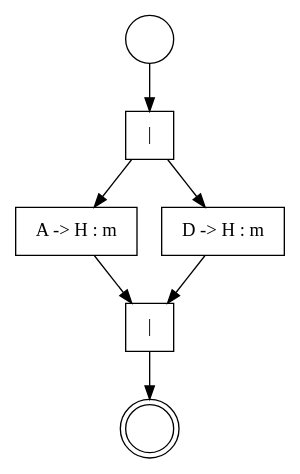
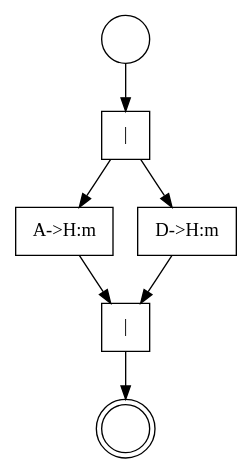
The diagram in example/simple_par_ch/Simple_parallelStruct.gv (dedo94/Domitilla), drawn with Graphviz before and after one commit. The commit also changed 26 other files, not shown here.

Commit message:
Added a parser (made with ANTLR) for Structured Global Graph

```diff
--- a/example/simple_par_ch/Simple_parallelStruct.gv
+++ b/example/simple_par_ch/Simple_parallelStruct.gv
@@ -1,15 +1,14 @@
-digraph Simple_parallelStruct {
+digraph "Simple_parallelStruct.gv" {
 	0 [label="" shape=circle]
-	0 -> 1
-	1 [label="|" shape=square]
-	1 -> 2
+	1 [label="A->H:m" shape=rect]
+	2 [label="D->H:m" shape=rect]
+	3 [label="|" shape=square]
+	3 -> 1
+	3 -> 2
+	4 [label="|" shape=square]
 	1 -> 4
-	2 [label="A -> H : m" shape=rect]
-	2 -> 3
-	3 [label="|" shape=square]
-	3 -> 5
-	4 [label="D -> H : m" shape=rect]
-	4 -> 3
-	5 [label="" shape=doublecircle]
+	2 -> 4
+	0 -> 3
+	4 -> 5
 	5 [label="" shape=doublecircle]
 }
```
